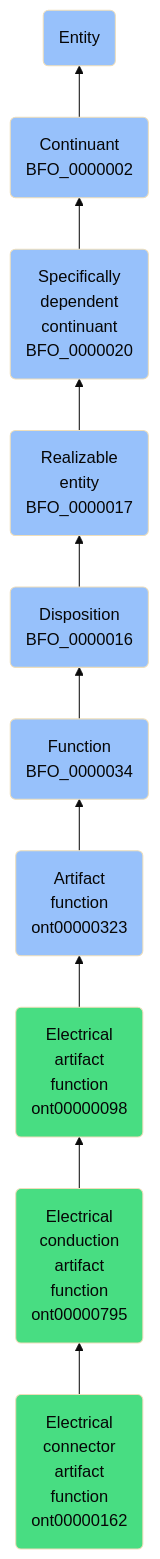
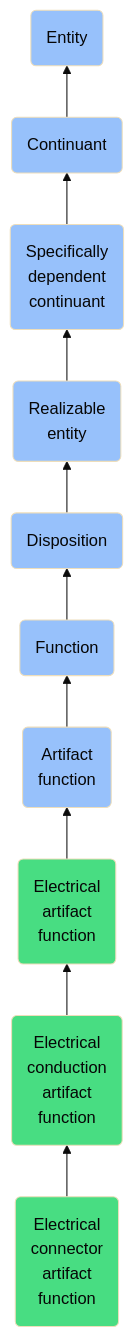
Before and after one commit to jupyter-naas/abi: the diagram in docs/ontology/reference/model/Entity/Continuant/Specifically dependent continuant/Realizable entity/Disposition/Function/Artifact function/Electrical artifact function/Electrical conduction artifact function/Electrical connector artifact function/Electrical connector artifact function.md, drawn with Mermaid (base theme). The commit also changed other lines of this file and 1430 other files, not shown here.

````diff
--- a/docs/ontology/reference/model/Entity/Continuant/Specifically dependent continuant/Realizable entity/Disposition/Function/Artifact function/Electrical artifact function/Electrical conduction artifact function/Electrical connector artifact function/Electrical connector artifact function.md
+++ b/docs/ontology/reference/model/Entity/Continuant/Specifically dependent continuant/Realizable entity/Disposition/Function/Artifact function/Electrical artifact function/Electrical conduction artifact function/Electrical connector artifact function/Electrical connector artifact function.md
@@ -24,17 +24,17 @@
 ```mermaid
 graph BT
-    ont00000162(Electrical<br>connector<br>artifact<br>function<br>ont00000162):::ABI-->ont00000795
-    ont00000795(Electrical<br>conduction<br>artifact<br>function<br>ont00000795):::ABI-->ont00000098
-    ont00000098(Electrical<br>artifact<br>function<br>ont00000098):::ABI-->ont00000323
-    ont00000323(Artifact<br>function<br>ont00000323):::BFO-->BFO_0000034
-    BFO_0000034(Function<br>BFO_0000034):::BFO-->BFO_0000016
-    BFO_0000016(Disposition<br>BFO_0000016):::BFO-->BFO_0000017
-    BFO_0000017(Realizable<br>entity<br>BFO_0000017):::BFO-->BFO_0000020
-    BFO_0000020(Specifically<br>dependent<br>continuant<br>BFO_0000020):::BFO-->BFO_0000002
-    BFO_0000002(Continuant<br>BFO_0000002):::BFO-->BFO_0000001
+    ont00000162(Electrical<br>connector<br>artifact<br>function):::ABI-->ont00000795
+    ont00000795(Electrical<br>conduction<br>artifact<br>function):::ABI-->ont00000098
+    ont00000098(Electrical<br>artifact<br>function):::ABI-->ont00000323
+    ont00000323(Artifact<br>function):::BFO-->BFO_0000034
+    BFO_0000034(Function):::BFO-->BFO_0000016
+    BFO_0000016(Disposition):::BFO-->BFO_0000017
+    BFO_0000017(Realizable<br>entity):::BFO-->BFO_0000020
+    BFO_0000020(Specifically<br>dependent<br>continuant):::BFO-->BFO_0000002
+    BFO_0000002(Continuant):::BFO-->BFO_0000001
     BFO_0000001(Entity):::BFO
     
     classDef BFO fill:#97c1fb,color:#060606
     classDef CCO fill:#e4c51e,color:#060606
     classDef ABI fill:#48DD82,color:#060606
 ```
````
